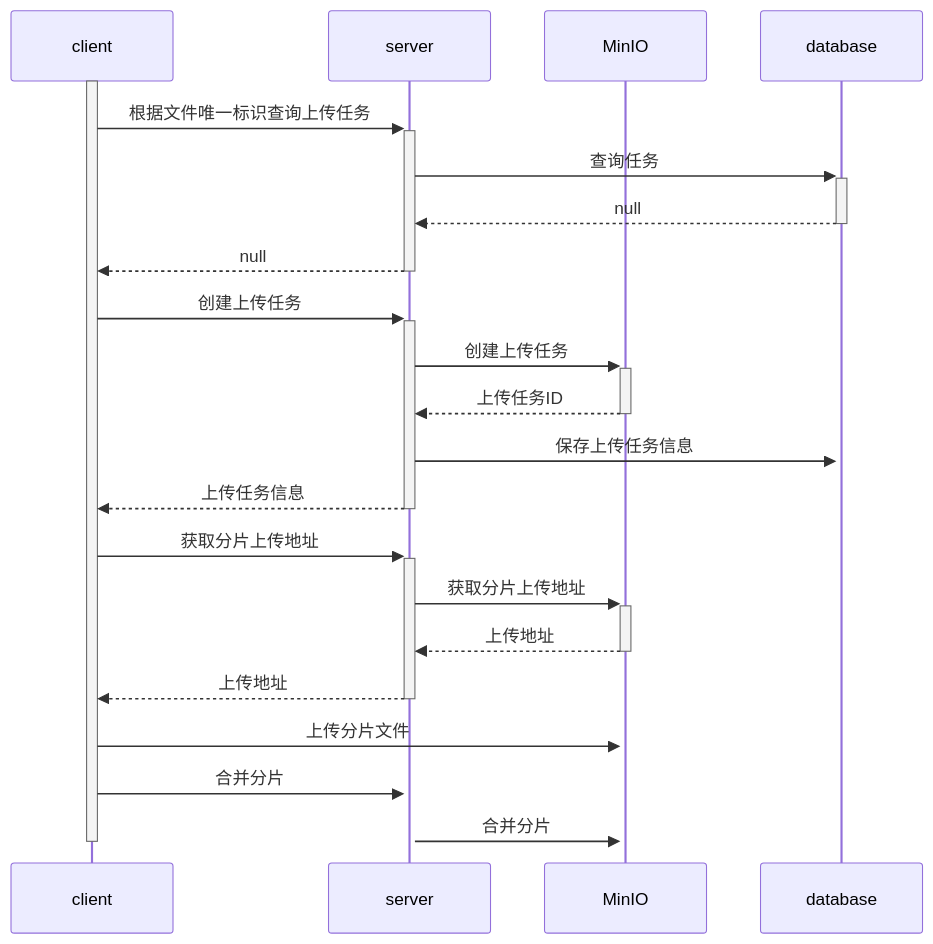
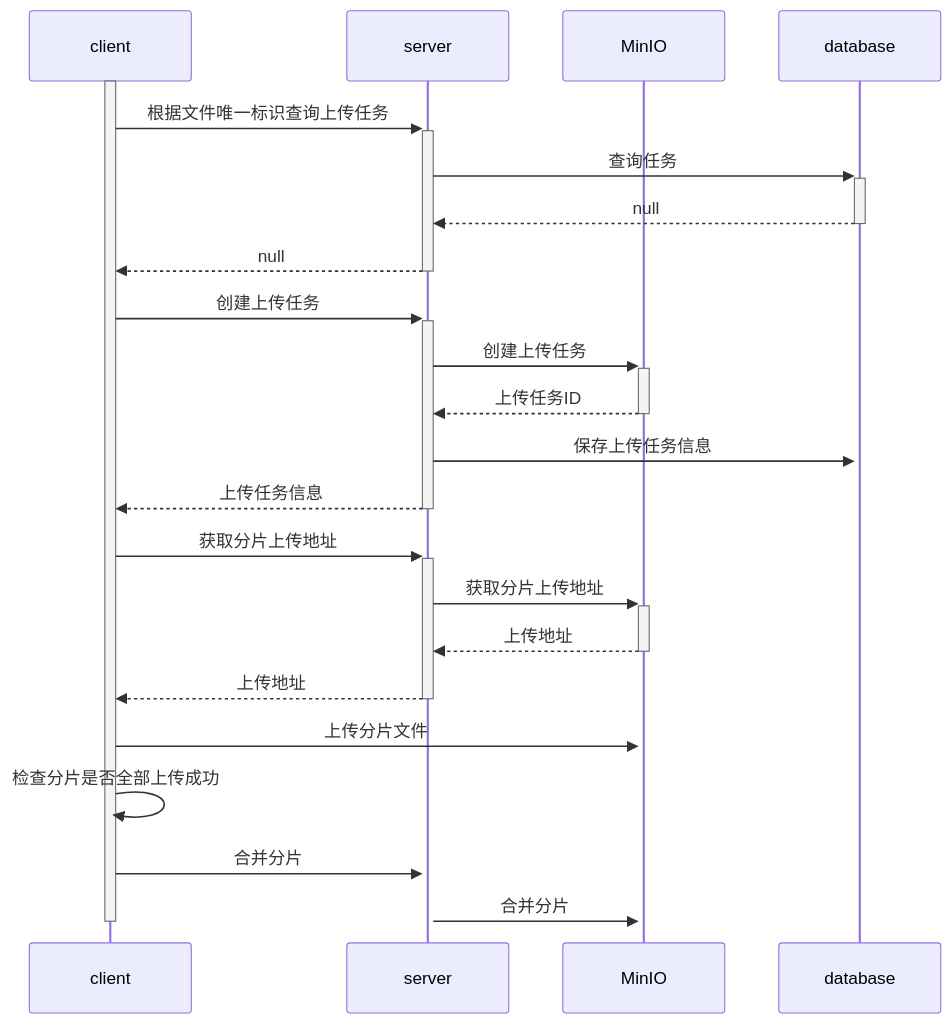
Before and after one commit to zazhiii/minio-upload-demo: the first of 3 diagrams in README.md, drawn with Mermaid. The commit also changed other lines of this file, not shown here.

````diff
--- a/README.md
+++ b/README.md
@@ -12,25 +61,26 @@
 ```mermaid
 sequenceDiagram
     participant c as client 
     participant s as server
     participant m as MinIO
     participant d as database
     activate  c
     c ->>+ s: 根据文件唯一标识查询上传任务
     s ->>+ d: 查询任务
     d -->>- s: null
     s -->>- c: null
     c ->>+ s: 创建上传任务
     s ->>+ m: 创建上传任务
     m -->>- s: 上传任务ID
     s ->> + d: 保存上传任务信息
     s -->> - c: 上传任务信息
     c ->> + s: 获取分片上传地址
     s ->> + m: 获取分片上传地址
     m -->> - s: 上传地址
     s -->>- c: 上传地址
     c ->> + m: 上传分片文件
+    c ->> c: 检查分片是否全部上传成功
     c ->> + s: 合并分片
     s ->> + m: 合并分片
     deactivate c
 ```
````
